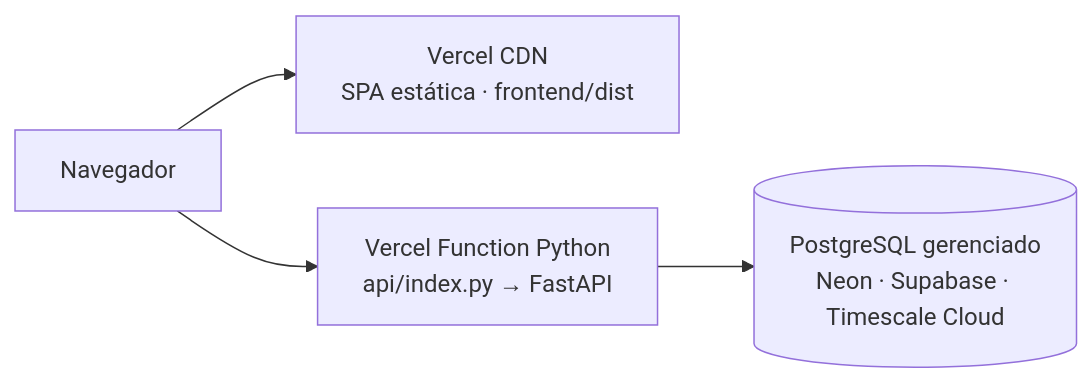
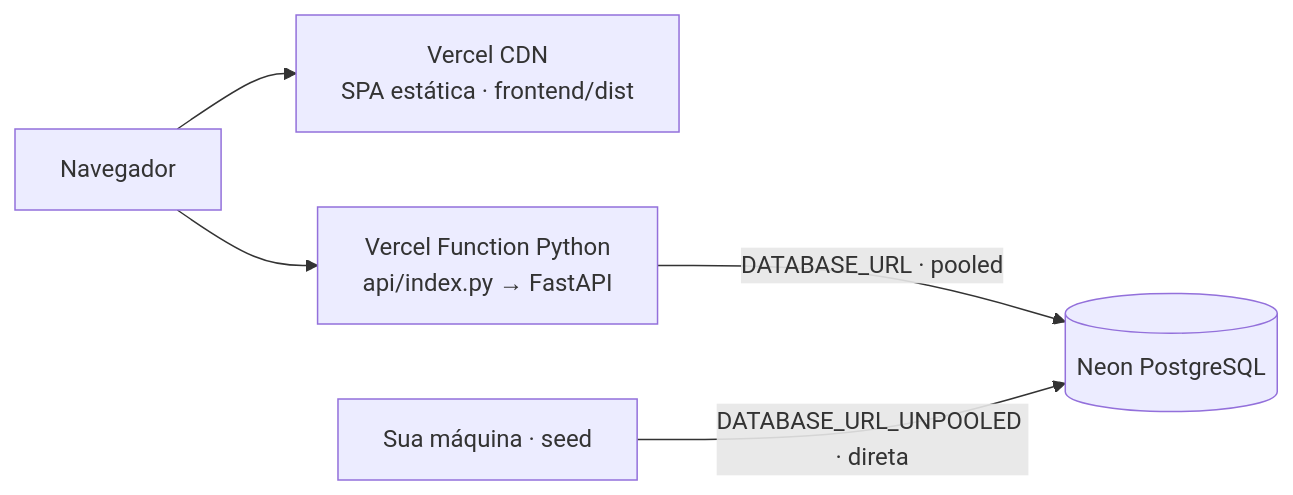
The diagram in docs/08-deploy-vercel.md (gabrielcyrino/gestao-energetica), drawn with Mermaid before and after one commit. The commit also changed other lines of this file and 7 other files, not shown here.

````diff
--- a/docs/08-deploy-vercel.md
+++ b/docs/08-deploy-vercel.md
@@ -12,6 +25,7 @@
 ```mermaid
 flowchart LR
   U[Navegador] --> CDN[Vercel CDN<br/>SPA estática · frontend/dist]
   U --> FN[Vercel Function Python<br/>api/index.py → FastAPI]
-  FN --> PG[(PostgreSQL gerenciado<br/>Neon · Supabase · Timescale Cloud)]
+  FN -->|DATABASE_URL · pooled| NEON[(Neon PostgreSQL)]
+  DEV[Sua máquina · seed] -->|DATABASE_URL_UNPOOLED · direta| NEON
 ```
````
